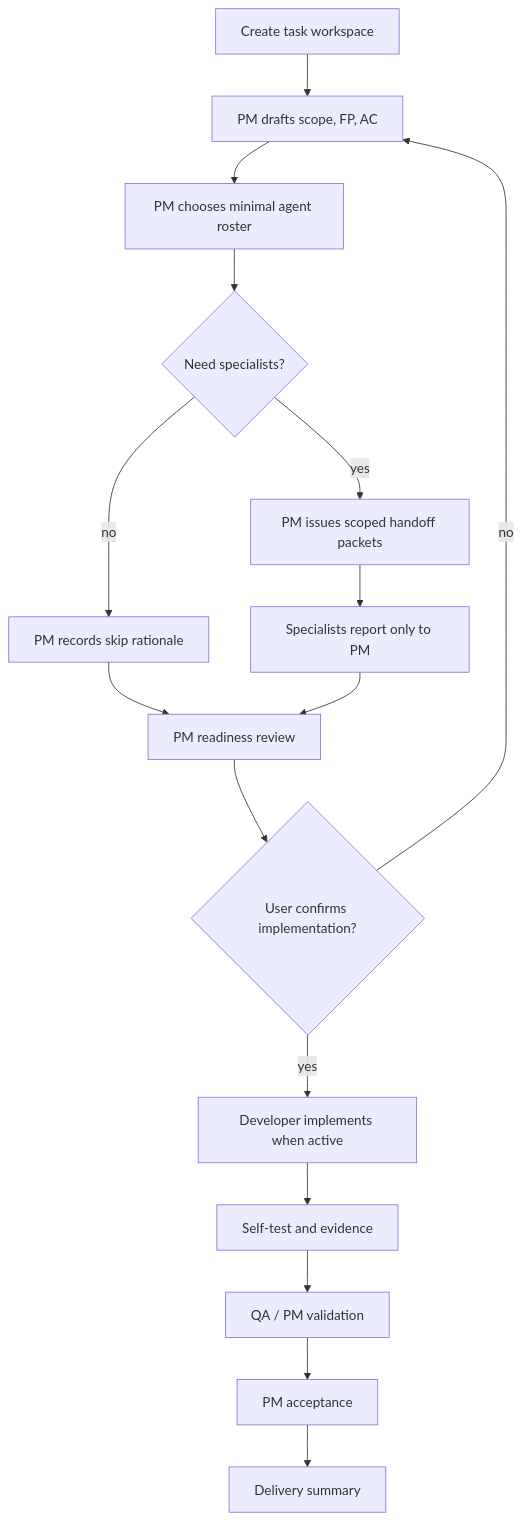
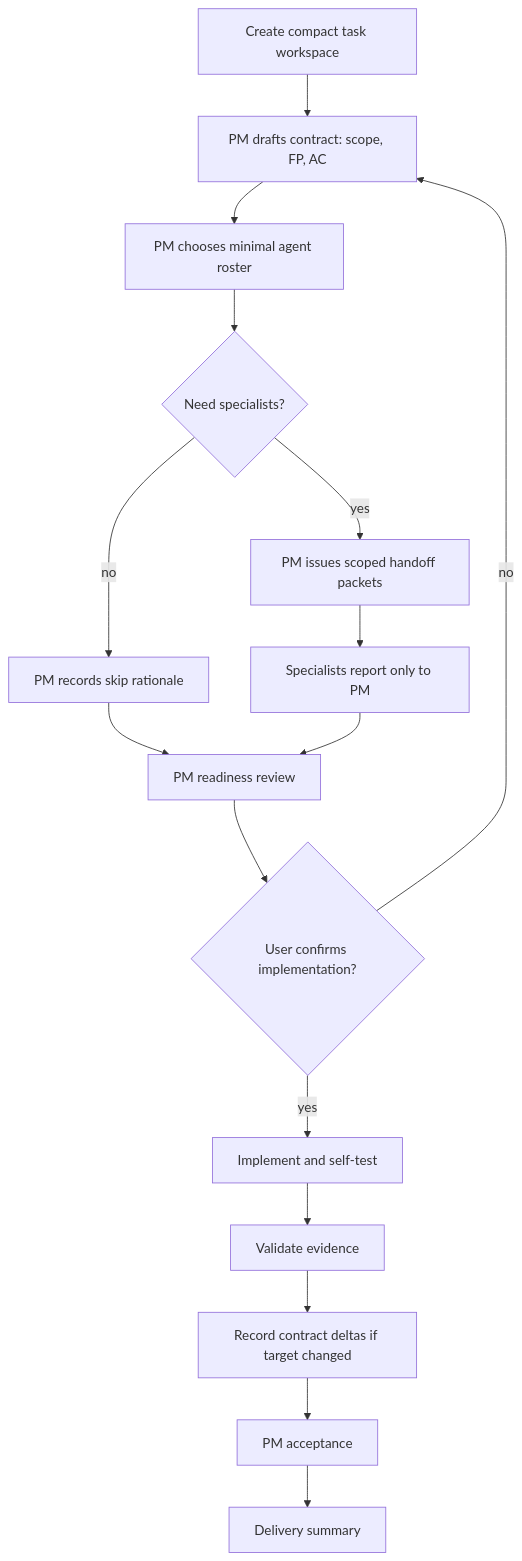
The second of 4 diagrams in README.md (siyrs/dev-baseline), drawn with Mermaid before and after one commit. The commit also changed other lines of this file, not shown here.

Commit message:
docs: update readme with compact task flow

````diff
--- a/README.md
+++ b/README.md
@@ -53,18 +47,18 @@
 ```mermaid
 flowchart TD
-  A[Create task workspace] --> B[PM drafts scope, FP, AC]
+  A[Create compact task workspace] --> B[PM drafts contract: scope, FP, AC]
   B --> C[PM chooses minimal agent roster]
   C --> D{Need specialists?}
   D -->|yes| E[PM issues scoped handoff packets]
   D -->|no| F[PM records skip rationale]
   E --> G[Specialists report only to PM]
   F --> H[PM readiness review]
   G --> H
   H --> I{User confirms implementation?}
   I -->|no| B
-  I -->|yes| J[Developer implements when active]
-  J --> K[Self-test and evidence]
-  K --> L[QA / PM validation]
+  I -->|yes| J[Implement and self-test]
+  J --> K[Validate evidence]
+  K --> L[Record contract deltas if target changed]
   L --> M[PM acceptance]
   M --> N[Delivery summary]
 ```
````
